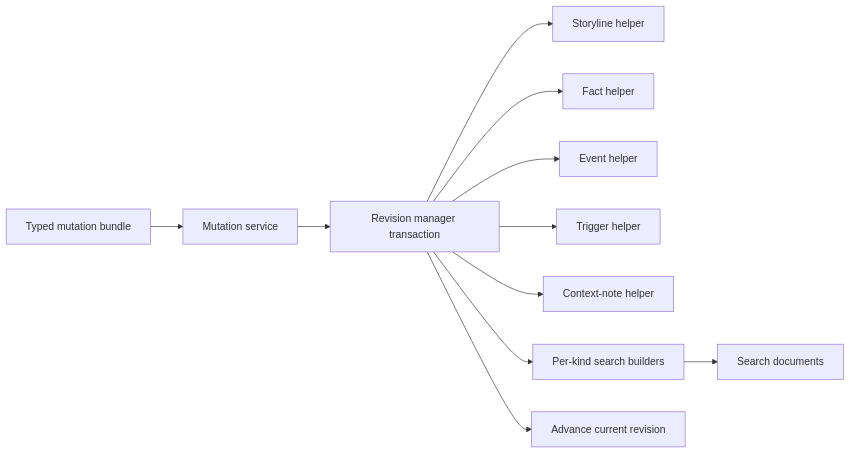
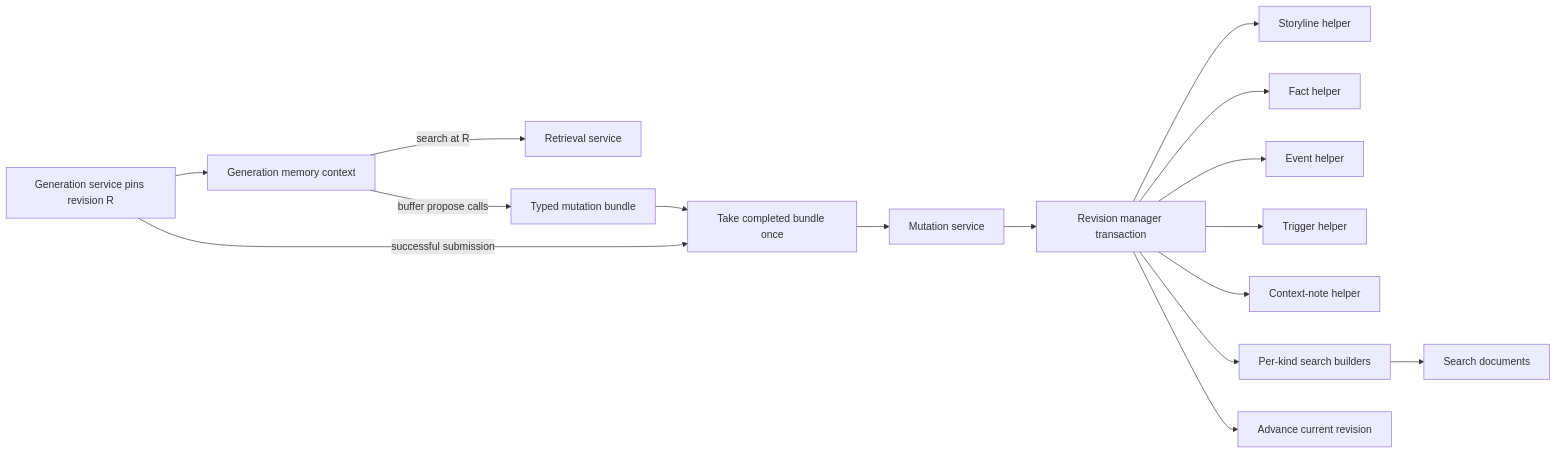
Before and after one commit to maxwn04/AIdamShefter-v2: the diagram in docs/memory/implementation-plan.md, drawn with Mermaid. The commit also changed other lines of this file and 4 other files, not shown here.

Commit message:
docs(memory): clarify generation mutation lifecycle

````diff
--- a/docs/memory/implementation-plan.md
+++ b/docs/memory/implementation-plan.md
@@ -300,13 +332,18 @@
 ```mermaid
 flowchart LR
-    Proposal["Typed mutation bundle"] --> Service["Mutation service"]
+    Generation["Generation service pins revision R"] --> Context["Generation memory context"]
+    Context -->|"search at R"| Retrieval["Retrieval service"]
+    Context -->|"buffer propose calls"| Buffer["Typed mutation bundle"]
+    Generation -->|"successful submission"| Finalize["Take completed bundle once"]
+    Buffer --> Finalize
+    Finalize --> Service["Mutation service"]
     Service --> Revision["Revision manager transaction"]
     Revision --> Storyline["Storyline helper"]
     Revision --> Fact["Fact helper"]
     Revision --> Event["Event helper"]
     Revision --> Trigger["Trigger helper"]
     Revision --> Note["Context-note helper"]
     Revision --> Builder["Per-kind search builders"]
     Builder --> Projection["Search documents"]
     Revision --> Current["Advance current revision"]
 ```
````
